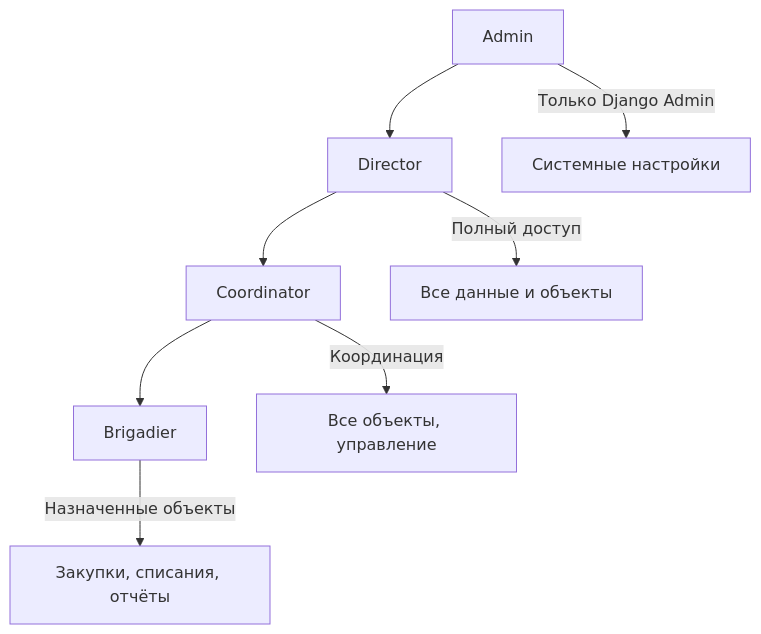
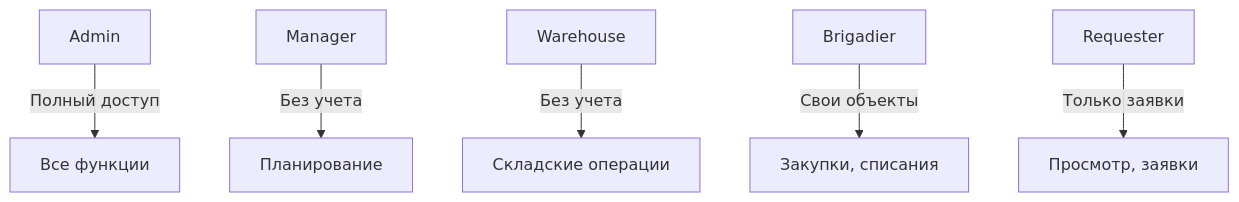
The first of 2 diagrams in docs/summary/05-business-logic.md (gato-gto/elom-frontend), drawn with Mermaid before and after one commit. The commit also changed other lines of this file and 116 other files, not shown here.

````diff
--- a/docs/summary/05-business-logic.md
+++ b/docs/summary/05-business-logic.md
@@ -15,11 +15,8 @@
 ```mermaid
 graph TD
-    A[Admin] --> B[Director]
-    B --> C[Coordinator]
-    C --> D[Brigadier]
-    
-    A --> |Только Django Admin| G[Системные настройки]
-    B --> |Полный доступ| H[Все данные и объекты]
-    C --> |Координация| I[Все объекты, управление]
-    D --> |Назначенные объекты| J[Закупки, списания, отчёты]
+    A[Admin] --> |Полный доступ| G[Все функции]
+    M[Manager] --> |Без учета| H[Планирование]
+    W[Warehouse] --> |Без учета| I[Складские операции]
+    B[Brigadier] --> |Свои объекты| J[Закупки, списания]
+    R[Requester] --> |Только заявки| K[Просмотр, заявки]
 ```
````
